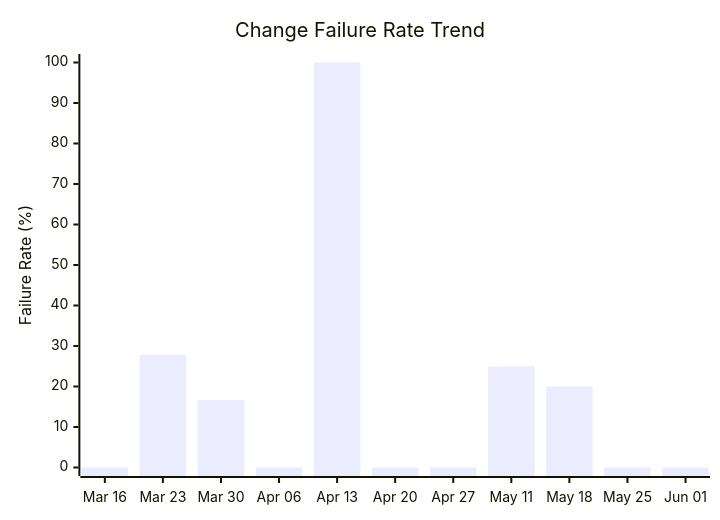
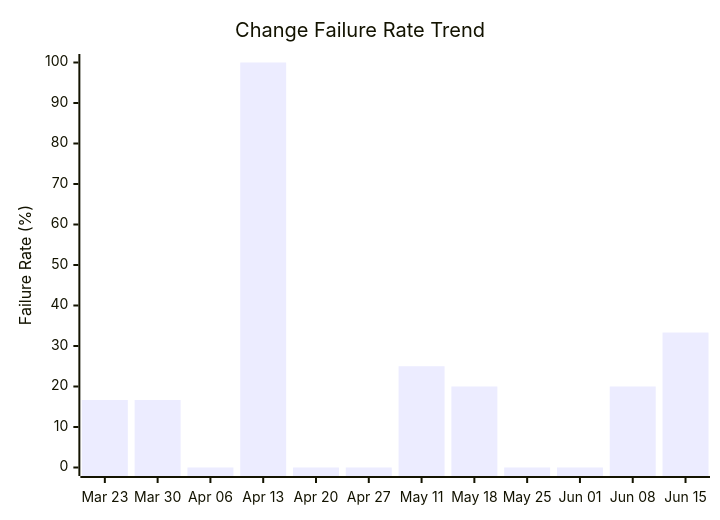
The fourth of 4 diagrams in docs/ci-cd/dora-summary.md (ukma-cs-ssdm-2025/rate-ukma), drawn with Mermaid before and after one commit. The commit also changed other lines of this file, not shown here.

````diff
--- a/docs/ci-cd/dora-summary.md
+++ b/docs/ci-cd/dora-summary.md
@@ -68,7 +70,7 @@
 ```mermaid
 xychart-beta
     title "Change Failure Rate Trend"
-    x-axis ["Mar 16", "Mar 23", "Mar 30", "Apr 06", "Apr 13", "Apr 20", "Apr 27", "May 11", "May 18", "May 25", "Jun 01"]
+    x-axis ["Mar 23", "Mar 30", "Apr 06", "Apr 13", "Apr 20", "Apr 27", "May 11", "May 18", "May 25", "Jun 01", "Jun 08", "Jun 15"]
     y-axis "Failure Rate (%)" 0 --> 100
-    bar [0.00, 27.78, 16.67, 0.00, 100.00, 0.00, 0.00, 25.00, 20.00, 0.00, 0.00]
+    bar [16.67, 16.67, 0.00, 100.00, 0.00, 0.00, 25.00, 20.00, 0.00, 0.00, 20.00, 33.33]
 ```
````
